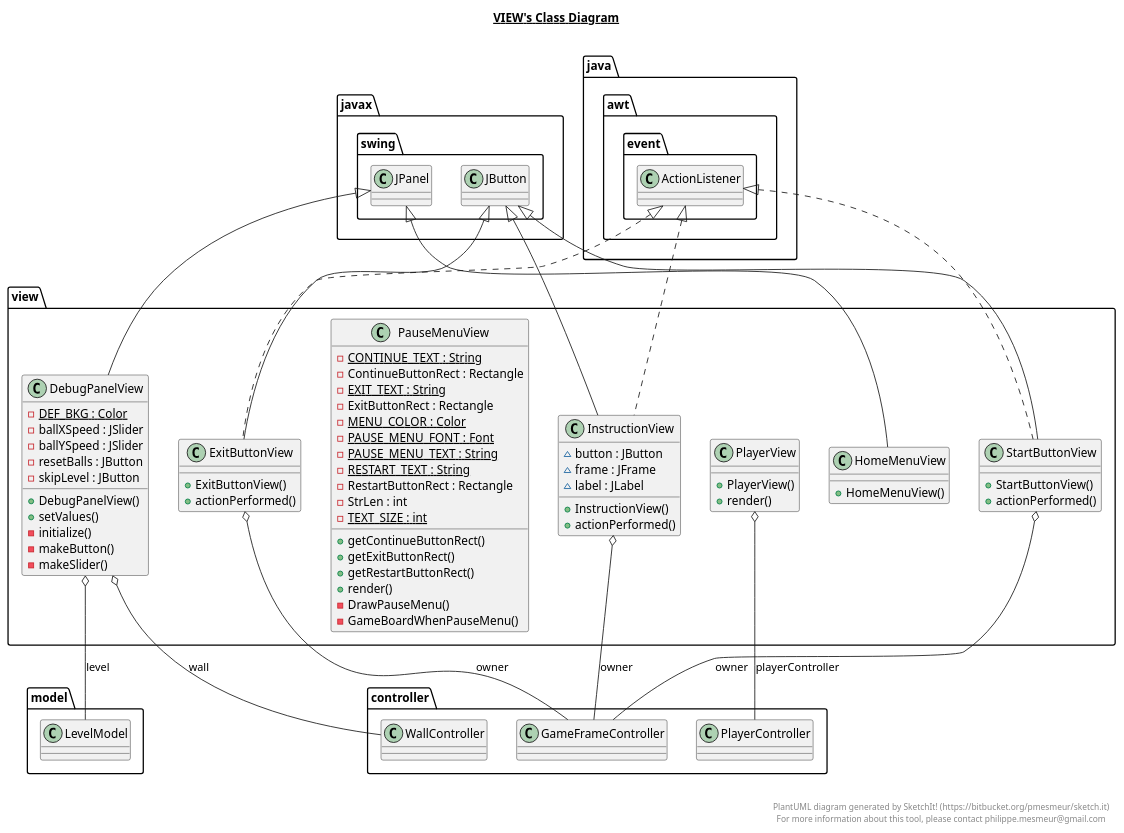
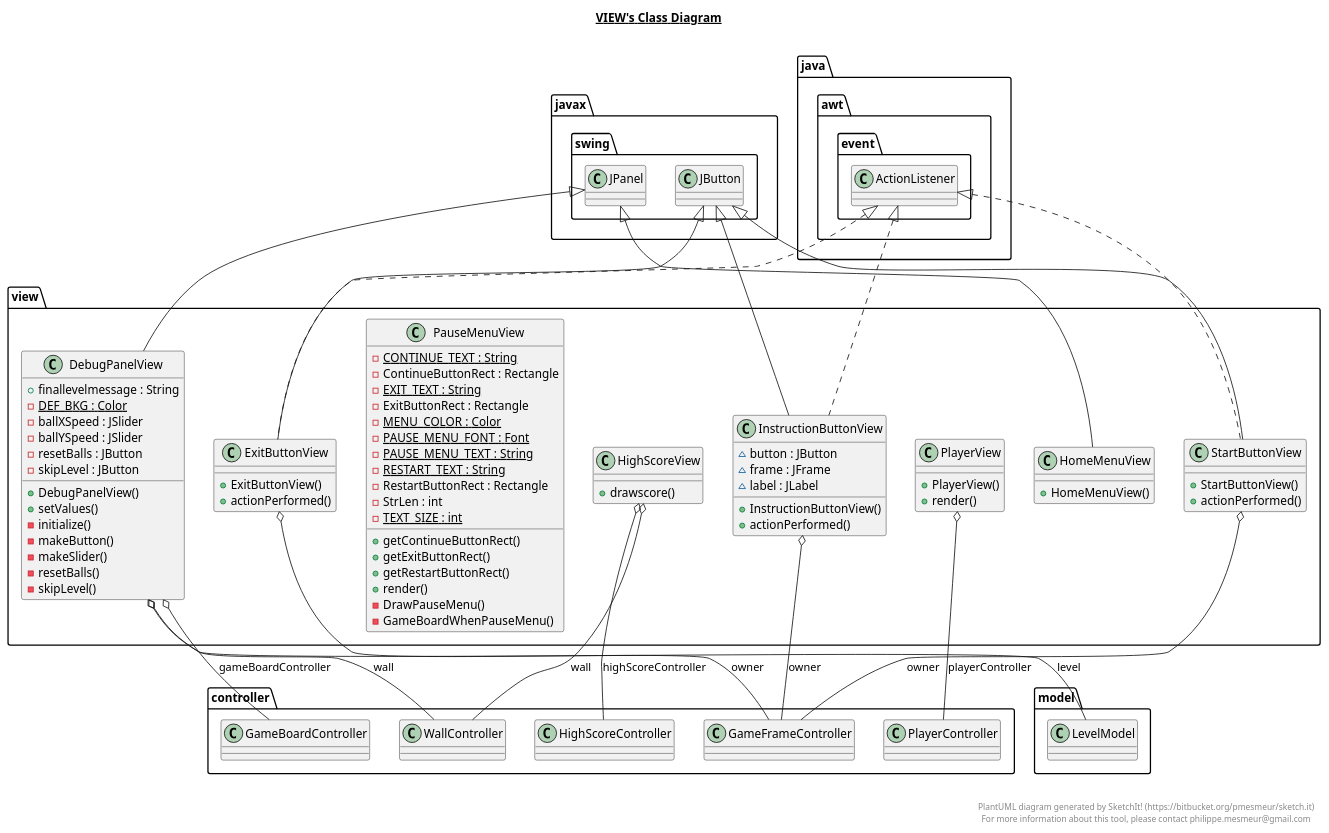
Before and after one commit to githubmehul/COMP2042_CW_hcyms1: the diagram in src/main/java/view/view.plantuml, drawn with PlantUML. The commit also changed 21 other files, not shown here.

```diff
--- a/src/main/java/view/view.plantuml
+++ b/src/main/java/view/view.plantuml
@@ -1,109 +1,122 @@
 @startuml
 
 title __VIEW's Class Diagram__\n
 
   namespace view {
     class view.DebugPanelView {
+        + finallevelmessage : String
         {static} - DEF_BKG : Color
         - ballXSpeed : JSlider
         - ballYSpeed : JSlider
         - resetBalls : JButton
         - skipLevel : JButton
         + DebugPanelView()
         + setValues()
         - initialize()
         - makeButton()
         - makeSlider()
+        - resetBalls()
+        - skipLevel()
     }
   }
   
 
   namespace view {
     class view.ExitButtonView {
         + ExitButtonView()
         + actionPerformed()
     }
   }
   
 
   namespace view {
+    class view.HighScoreView {
+        + drawscore()
+    }
+  }
+  
+
+  namespace view {
     class view.HomeMenuView {
         + HomeMenuView()
     }
   }
   
 
   namespace view {
-    class view.InstructionView {
+    class view.InstructionButtonView {
         ~ button : JButton
         ~ frame : JFrame
         ~ label : JLabel
-        + InstructionView()
+        + InstructionButtonView()
         + actionPerformed()
     }
   }
   
 
   namespace view {
     class view.PauseMenuView {
         {static} - CONTINUE_TEXT : String
         - ContinueButtonRect : Rectangle
         {static} - EXIT_TEXT : String
         - ExitButtonRect : Rectangle
         {static} - MENU_COLOR : Color
         {static} - PAUSE_MENU_FONT : Font
         {static} - PAUSE_MENU_TEXT : String
         {static} - RESTART_TEXT : String
         - RestartButtonRect : Rectangle
         - StrLen : int
         {static} - TEXT_SIZE : int
         + getContinueButtonRect()
         + getExitButtonRect()
         + getRestartButtonRect()
         + render()
         - DrawPauseMenu()
         - GameBoardWhenPauseMenu()
     }
   }
   
 
   namespace view {
     class view.PlayerView {
         + PlayerView()
         + render()
     }
   }
   
 
   namespace view {
     class view.StartButtonView {
         + StartButtonView()
         + actionPerformed()
     }
   }
   
 
   view.DebugPanelView -up-|> javax.swing.JPanel
+  view.DebugPanelView o-- controller.GameBoardController : gameBoardController
   view.DebugPanelView o-- model.LevelModel : level
   view.DebugPanelView o-- controller.WallController : wall
   view.ExitButtonView .up.|> java.awt.event.ActionListener
   view.ExitButtonView -up-|> javax.swing.JButton
   view.ExitButtonView o-- controller.GameFrameController : owner
+  view.HighScoreView o-- controller.HighScoreController : highScoreController
+  view.HighScoreView o-- controller.WallController : wall
   view.HomeMenuView -up-|> javax.swing.JPanel
-  view.InstructionView .up.|> java.awt.event.ActionListener
-  view.InstructionView -up-|> javax.swing.JButton
-  view.InstructionView o-- controller.GameFrameController : owner
+  view.InstructionButtonView .up.|> java.awt.event.ActionListener
+  view.InstructionButtonView -up-|> javax.swing.JButton
+  view.InstructionButtonView o-- controller.GameFrameController : owner
   view.PlayerView o-- controller.PlayerController : playerController
   view.StartButtonView .up.|> java.awt.event.ActionListener
   view.StartButtonView -up-|> javax.swing.JButton
   view.StartButtonView o-- controller.GameFrameController : owner
 
 
 right footer
 
 
 PlantUML diagram generated by SketchIt! (https://bitbucket.org/pmesmeur/sketch.it)
 For more information about this tool, please contact philippe.mesmeur@gmail.com
 endfooter
 
 @enduml
```
